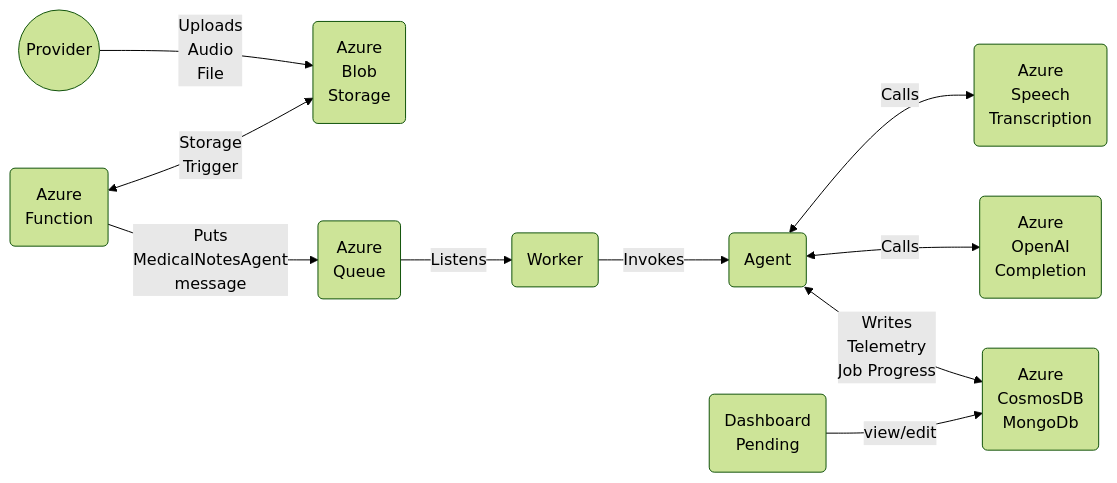
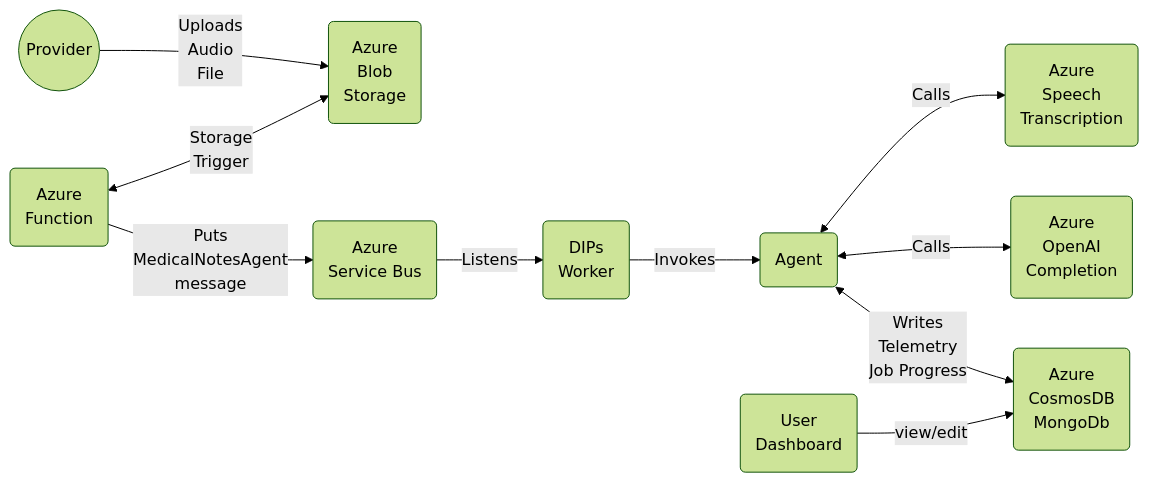
The diagram in medicalnotes.md (ZionClouds/ZionAIMedFlow-v2), drawn with Mermaid (forest theme) before and after one commit. The commit also changed 6 other files, not shown here.

````diff
--- a/medicalnotes.md
+++ b/medicalnotes.md
@@ -5,15 +5,15 @@
 ```mermaid
 graph LR
   P((Provider))--Uploads<br>Audio<br>File-->S(Azure<br>Blob<br/>Storage)
 
   Az(Azure<br>Function)<--Storage<br/>Trigger-->S
-  Az--Puts<br/>MedicalNotesAgent<br/>message-->Q(Azure<br/>Queue)
+  Az--Puts<br/>MedicalNotesAgent<br/>message-->Q(Azure<br/>Service Bus)
   
-  Q--Listens-->W(Worker)
+  Q--Listens-->W(DIPs<br/>Worker)
   W--Invokes-->A(Agent)
   A<--Calls-->SP(Azure<br>Speech<br>Transcription)
   A<--Calls-->O(Azure<br/>OpenAI<br>Completion)
   A<--Writes<br/>Telemetry<br/>Job Progress-->M(Azure<br/>CosmosDB<br/>MongoDb)
-  D(Dashboard<br>Pending)--view/edit-->M
+  D(User<br>Dashboard)--view/edit-->M
 
 ```
````
